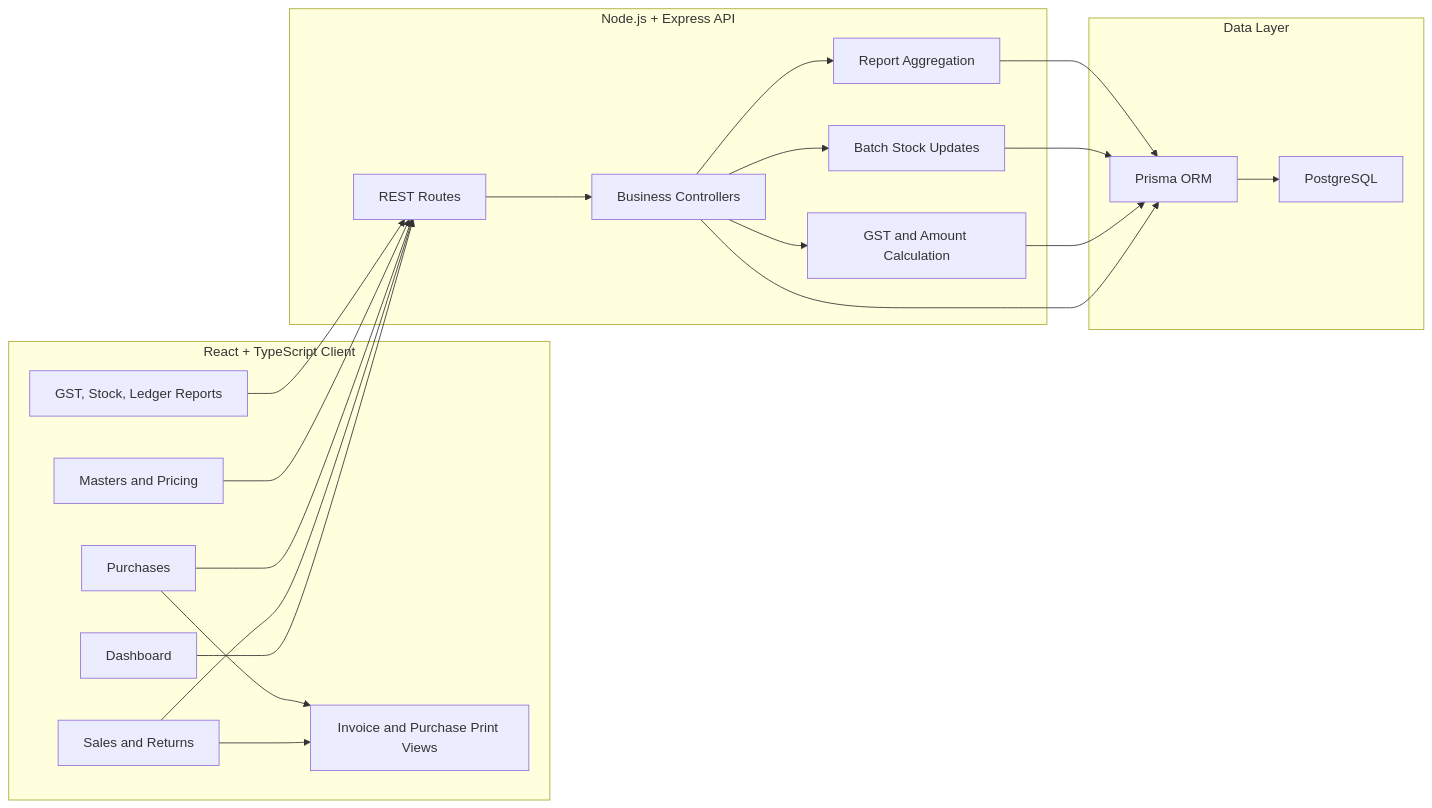
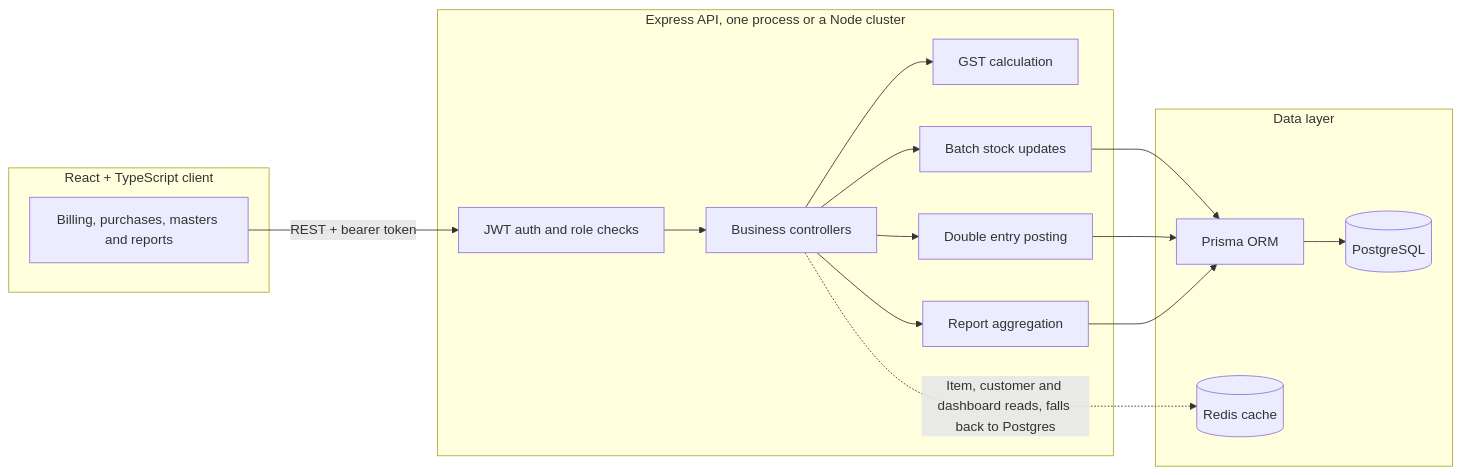
The diagram in README.md (vini1237777/AyurvedERP), drawn with Mermaid before and after one commit. The commit also changed other lines of this file, not shown here.

Commit message:
docs(readme): add system architecture diagram and index benchmarks
Move the diagram to the top and add auth, the ledger and Redis, which it left
out. Publish measured index results with their write and storage cost.

````diff
--- a/README.md
+++ b/README.md
@@ -30,41 +14,33 @@
 ```mermaid
 flowchart LR
-  subgraph Browser["React + TypeScript Client"]
-    Dashboard["Dashboard"]
-    Sales["Sales and Returns"]
-    Purchases["Purchases"]
-    Masters["Masters and Pricing"]
-    Reports["GST, Stock, Ledger Reports"]
-    Print["Invoice and Purchase Print Views"]
+  subgraph Client["React + TypeScript client"]
+    UI["Billing, purchases, masters and reports"]
   end
 
-  subgraph API["Node.js + Express API"]
-    Routes["REST Routes"]
-    Controllers["Business Controllers"]
-    Tax["GST and Amount Calculation"]
-    Stock["Batch Stock Updates"]
-    ReportLogic["Report Aggregation"]
+  subgraph API["Express API, one process or a Node cluster"]
+    Auth["JWT auth and role checks"]
+    Controllers["Business controllers"]
+    Tax["GST calculation"]
+    Stock["Batch stock updates"]
+    Ledger["Double entry posting"]
+    Reports["Report aggregation"]
   end
 
-  subgraph Data["Data Layer"]
+  subgraph Data["Data layer"]
     Prisma["Prisma ORM"]
-    Postgres["PostgreSQL"]
+    Postgres[("PostgreSQL")]
+    Redis[("Redis cache")]
   end
 
-  Dashboard --> Routes
-  Sales --> Routes
-  Purchases --> Routes
-  Masters --> Routes
-  Reports --> Routes
-  Sales --> Print
-  Purchases --> Print
-  Routes --> Controllers
+  UI -->|"REST + bearer token"| Auth
+  Auth --> Controllers
   Controllers --> Tax
   Controllers --> Stock
-  Controllers --> ReportLogic
-  Controllers --> Prisma
-  Tax --> Prisma
+  Controllers --> Ledger
+  Controllers --> Reports
   Stock --> Prisma
-  ReportLogic --> Prisma
+  Ledger --> Prisma
+  Reports --> Prisma
   Prisma --> Postgres
+  Controllers -.->|"Item, customer and dashboard reads, falls back to Postgres"| Redis
 ```
````
